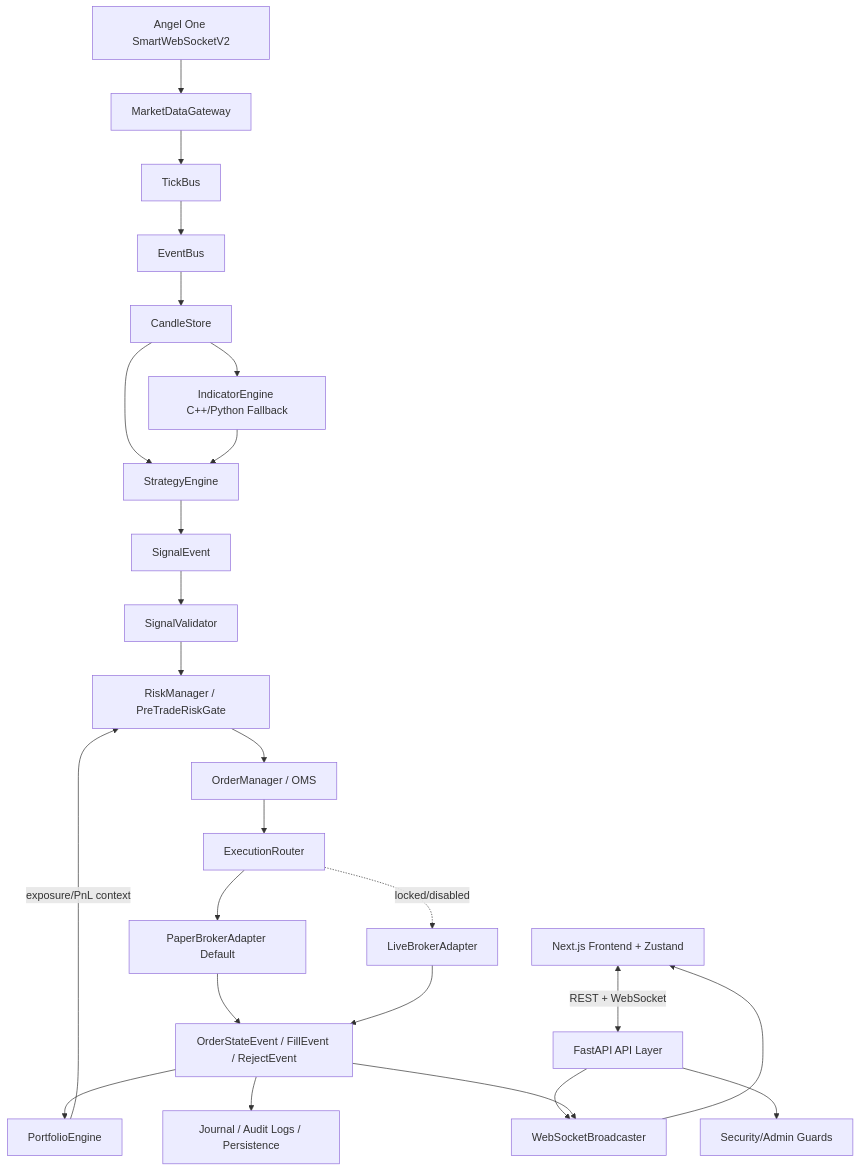
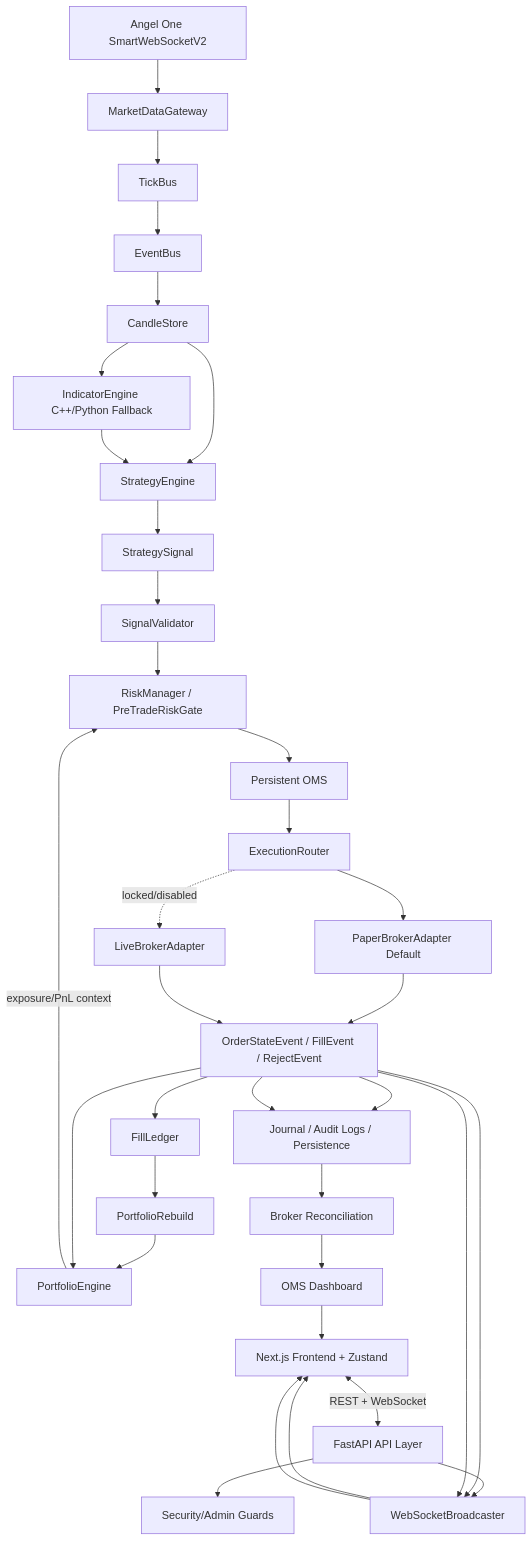
The diagram in docs/ARCHITECTURE.md (tanmay-alpha/indian-algo-trading-platform), drawn with Mermaid before and after one commit. The commit also changed other lines of this file and 11 other files, not shown here.

````diff
--- a/docs/ARCHITECTURE.md
+++ b/docs/ARCHITECTURE.md
@@ -7,27 +7,36 @@
 ```mermaid
 graph TD
     FE[Next.js Frontend + Zustand] <-->|REST + WebSocket| API[FastAPI API Layer]
     API --> WS[WebSocketBroadcaster]
     API --> AUTH[Security/Admin Guards]
     ANGEL[Angel One SmartWebSocketV2] --> MDG[MarketDataGateway]
     MDG --> TICK[TickBus]
     TICK --> EVT[EventBus]
     EVT --> CS[CandleStore]
     CS --> IND[IndicatorEngine C++/Python Fallback]
     CS --> STRAT[StrategyEngine]
     IND --> STRAT
-    STRAT --> SIG[SignalEvent]
+    STRAT --> SIG[StrategySignal]
     SIG --> VAL[SignalValidator]
     VAL --> RISK[RiskManager / PreTradeRiskGate]
     PORT[PortfolioEngine] -->|exposure/PnL context| RISK
-    RISK --> OMS[OrderManager / OMS]
+    RISK --> OMS[Persistent OMS]
     OMS --> EXEC[ExecutionRouter]
     EXEC --> PAPER[PaperBrokerAdapter Default]
     EXEC -.locked/disabled.-> LIVE[LiveBrokerAdapter]
     PAPER --> EVENTS[OrderStateEvent / FillEvent / RejectEvent]
     LIVE --> EVENTS
+    EVENTS --> FILL[FillLedger]
+    FILL --> REB[PortfolioRebuild]
+    REB --> PORT
+    EVENTS --> AUDIT[Journal / Audit Logs / SQLite]
+    AUDIT --> RECON[Broker Reconciliation]
+    RECON --> DB[OMS Dashboard]
+    EVENTS --> WS
+    WS --> FE
+    DB --> FE
     EVENTS --> PORT
     EVENTS --> AUDIT[Journal / Audit Logs / Persistence]
     EVENTS --> WS
     WS --> FE
 ```
````
